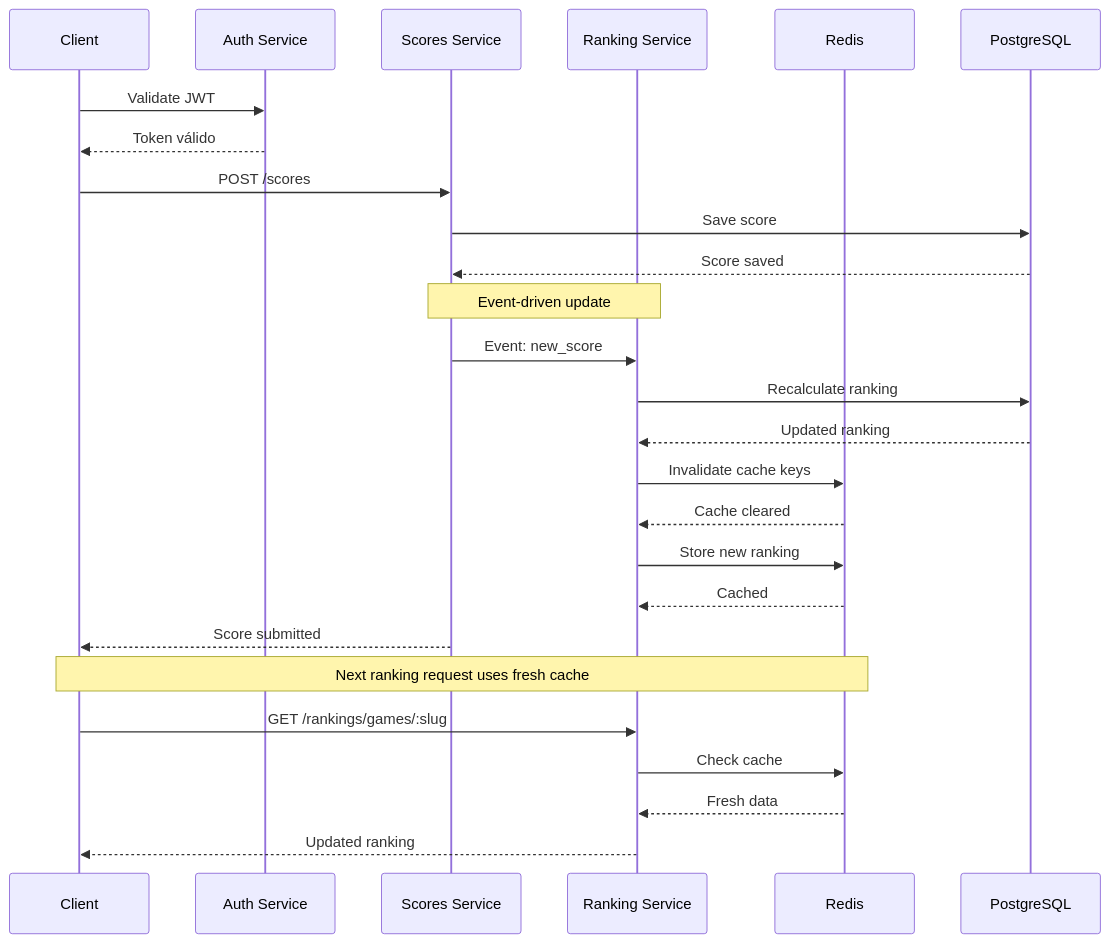
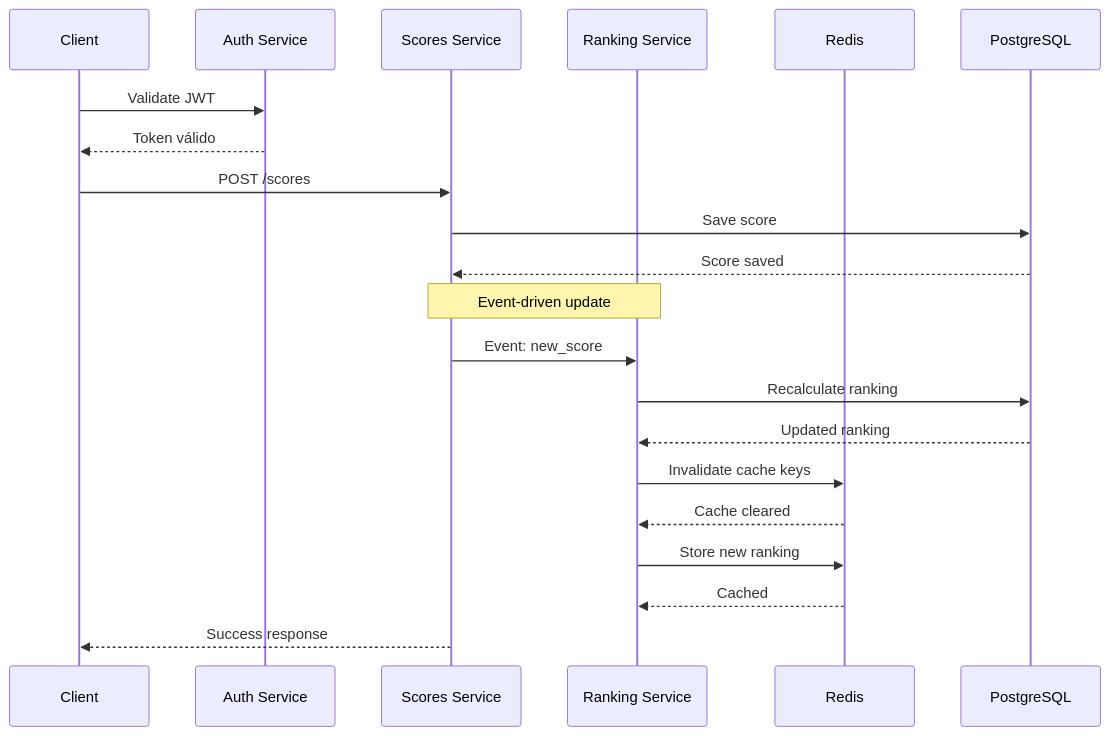
The diagram in services/ranking-service.mdx (retrogamecloud/docs), drawn with Mermaid before and after one commit. The commit also changed other lines of this file and 38 other files, not shown here.

````diff
--- a/services/ranking-service.mdx
+++ b/services/ranking-service.mdx
@@ -52,37 +52,30 @@
 ```mermaid
 sequenceDiagram
     participant Client
     participant Auth as Auth Service
     participant Scores as Scores Service
     participant Ranking as Ranking Service
     participant Redis
     participant DB as PostgreSQL
 
     Client->>Auth: Validate JWT
     Auth-->>Client: Token válido
 
     Client->>Scores: POST /scores
     Scores->>DB: Save score
     DB-->>Scores: Score saved
 
     Note over Scores,Ranking: Event-driven update
     Scores->>Ranking: Event: new_score
 
     Ranking->>DB: Recalculate ranking
     DB-->>Ranking: Updated ranking
 
     Ranking->>Redis: Invalidate cache keys
     Redis-->>Ranking: Cache cleared
 
     Ranking->>Redis: Store new ranking
     Redis-->>Ranking: Cached
 
-    Scores-->>Client: Score submitted
-
-    Note over Client,Redis: Next ranking request uses fresh cache
-    Client->>Ranking: GET /rankings/games/:slug
-    Ranking->>Redis: Check cache
-    Redis-->>Ranking: Fresh data
-    Ranking-->>Client: Updated ranking
-
+    Scores-->>Client: Success response
 ```
````
